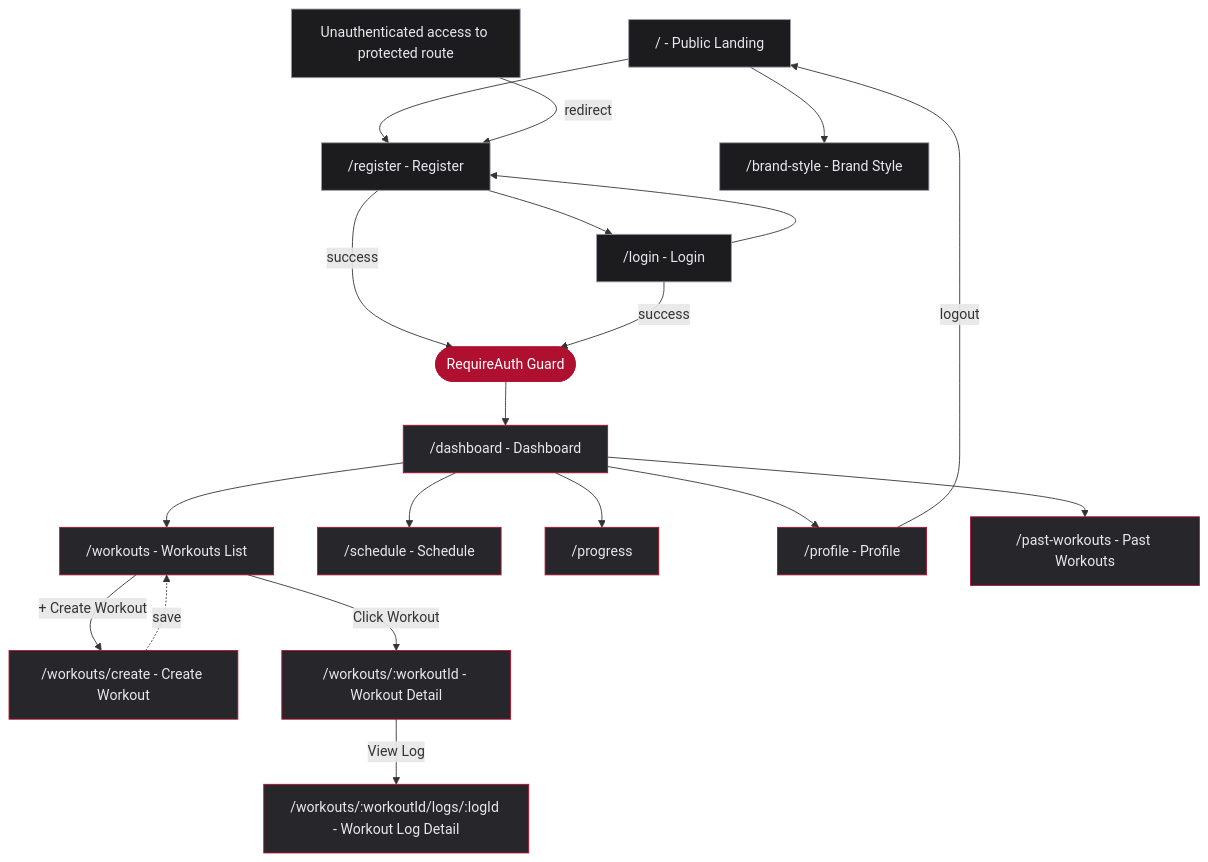
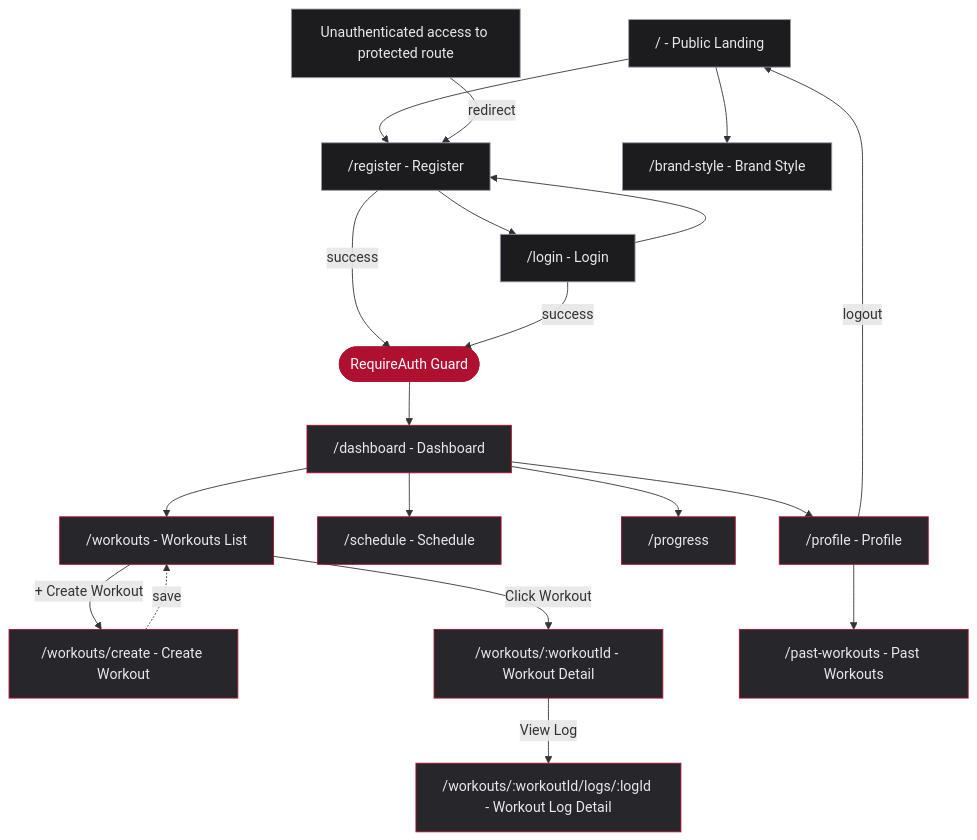
Before and after one commit to COS301-SE-2026/OptiLifts: the diagram in docs/DESIGN.md, drawn with Mermaid. The commit also changed other lines of this file and 2 other files, not shown here.

````diff
--- a/docs/DESIGN.md
+++ b/docs/DESIGN.md
@@ -23,46 +23,46 @@
 ```mermaid
 flowchart TD
     A["/ - Public Landing"]
     B["/register - Register"]
     C["/login - Login"]
     N["/brand-style - Brand Style"]
     J["Unauthenticated access to protected route"]
     GUARD(["RequireAuth Guard"])
     D["/dashboard - Dashboard"]
     E["/workouts - Workouts List"]
     F["/workouts/create - Create Workout"]
     K["/workouts/:workoutId - Workout Detail"]
     L["/workouts/:workoutId/logs/:logId - Workout Log Detail"]
     G["/schedule - Schedule"]
     H["/progress"]
     I["/profile - Profile"]
     M["/past-workouts - Past Workouts"]
 
     A --> B
     A --> N
     B --> C
     C --> B
     B -->|"success"| GUARD
     C -->|"success"| GUARD
     J -->|"redirect"| B
 
     GUARD --> D
     D --> E
     D --> G
     D --> H
     D --> I
-    D --> M
+    I --> M
     E -->|"Click Workout"| K
     E -->|"+ Create Workout"| F
     K -->|"View Log"| L
     F -.->|"save"| E
     I -->|"logout"| A
 
     classDef protected fill:#26262B,stroke:#B01030,color:#E8E8EC
     classDef public fill:#1C1C1F,stroke:#9A9AA8,color:#E8E8EC
     classDef guard fill:#B01030,stroke:#B01030,color:#FFFFFF
 
     class D,E,F,K,L,G,H,I,M protected
     class A,B,C,J,N public
     class GUARD guard
 ```
````
